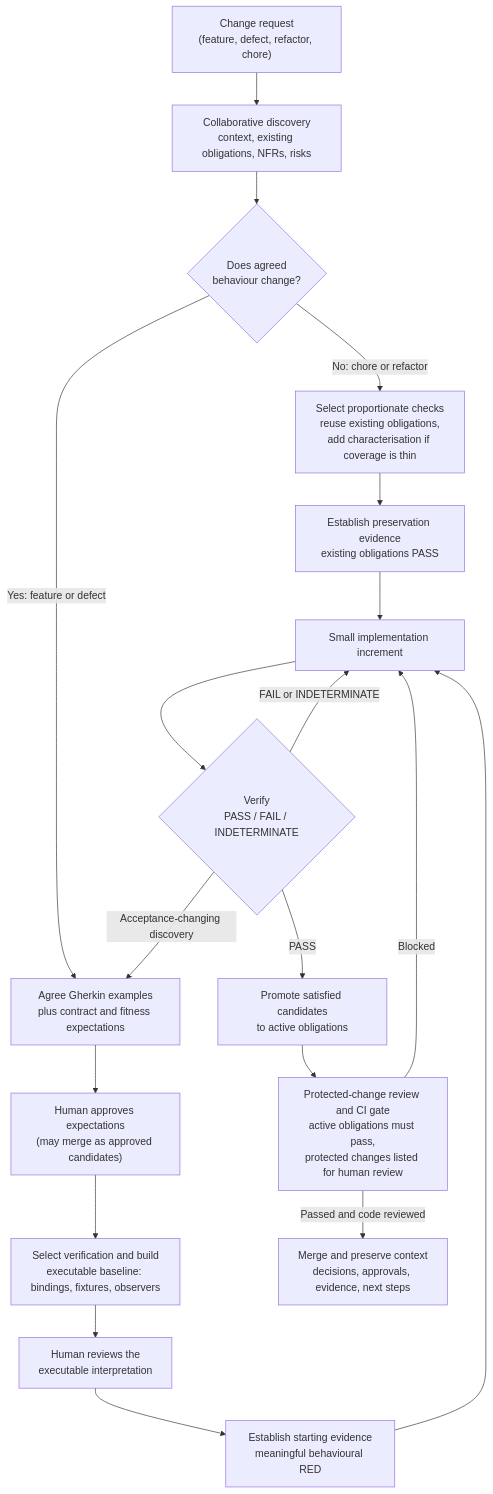
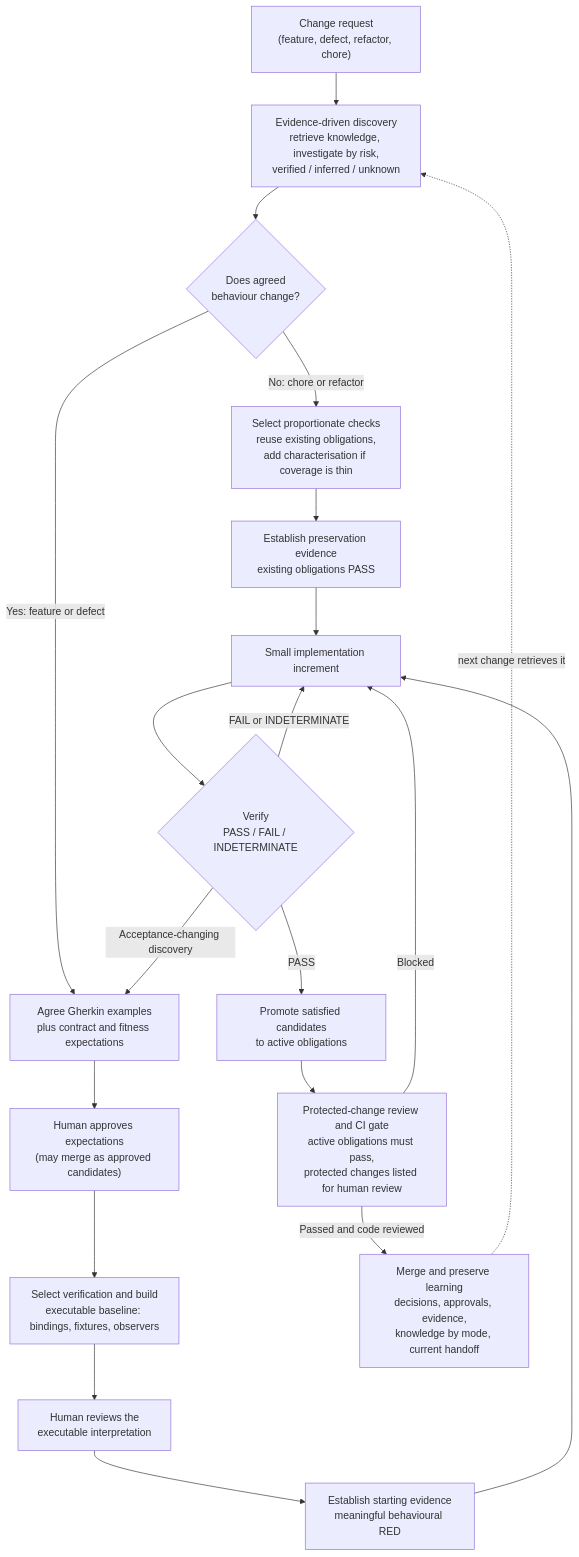
One commit to tayzer/AAATDD changed the first of 2 diagrams in README.md. Above: the diagram before and after it, drawn with Mermaid. The commit also changed other lines of this file and 6 other files, not shown here.

First line of the commit message:
docs: present discovery and learning, and record agent evaluations

````diff
--- a/README.md
+++ b/README.md
@@ -42,21 +44,22 @@
 ```mermaid
 flowchart TD
-    request["Change request<br/>(feature, defect, refactor, chore)"] --> discover["Collaborative discovery<br/>context, existing obligations, NFRs, risks"]
+    request["Change request<br/>(feature, defect, refactor, chore)"] --> discover["Evidence-driven discovery<br/>retrieve knowledge, investigate by risk,<br/>verified / inferred / unknown"]
     discover --> kind{"Does agreed<br/>behaviour change?"}
     kind -- "No: chore or refactor" --> reuse["Select proportionate checks<br/>reuse existing obligations,<br/>add characterisation if coverage is thin"]
     kind -- "Yes: feature or defect" --> agree["Agree Gherkin examples<br/>plus contract and fitness expectations"]
     agree --> approveSpec["Human approves expectations<br/>(may merge as approved candidates)"]
     approveSpec --> baseline["Select verification and build<br/>executable baseline: bindings, fixtures, observers"]
     baseline --> reviewOracle["Human reviews the<br/>executable interpretation"]
     reviewOracle --> red["Establish starting evidence<br/>meaningful behavioural RED"]
     reuse --> preserve["Establish preservation evidence<br/>existing obligations PASS"]
     red --> increment["Small implementation increment"]
     preserve --> increment
     increment --> verify{"Verify<br/>PASS / FAIL / INDETERMINATE"}
     verify -- "FAIL or INDETERMINATE" --> increment
     verify -- "Acceptance-changing discovery" --> agree
     verify -- "PASS" --> promote["Promote satisfied candidates<br/>to active obligations"]
     promote --> gate["Protected-change review and CI gate<br/>active obligations must pass,<br/>protected changes listed for human review"]
     gate -- "Blocked" --> increment
-    gate -- "Passed and code reviewed" --> merge["Merge and preserve context<br/>decisions, approvals, evidence, next steps"]
+    gate -- "Passed and code reviewed" --> merge["Merge and preserve learning<br/>decisions, approvals, evidence,<br/>knowledge by mode, current handoff"]
+    merge -. "next change retrieves it" .-> discover
 ```
````
